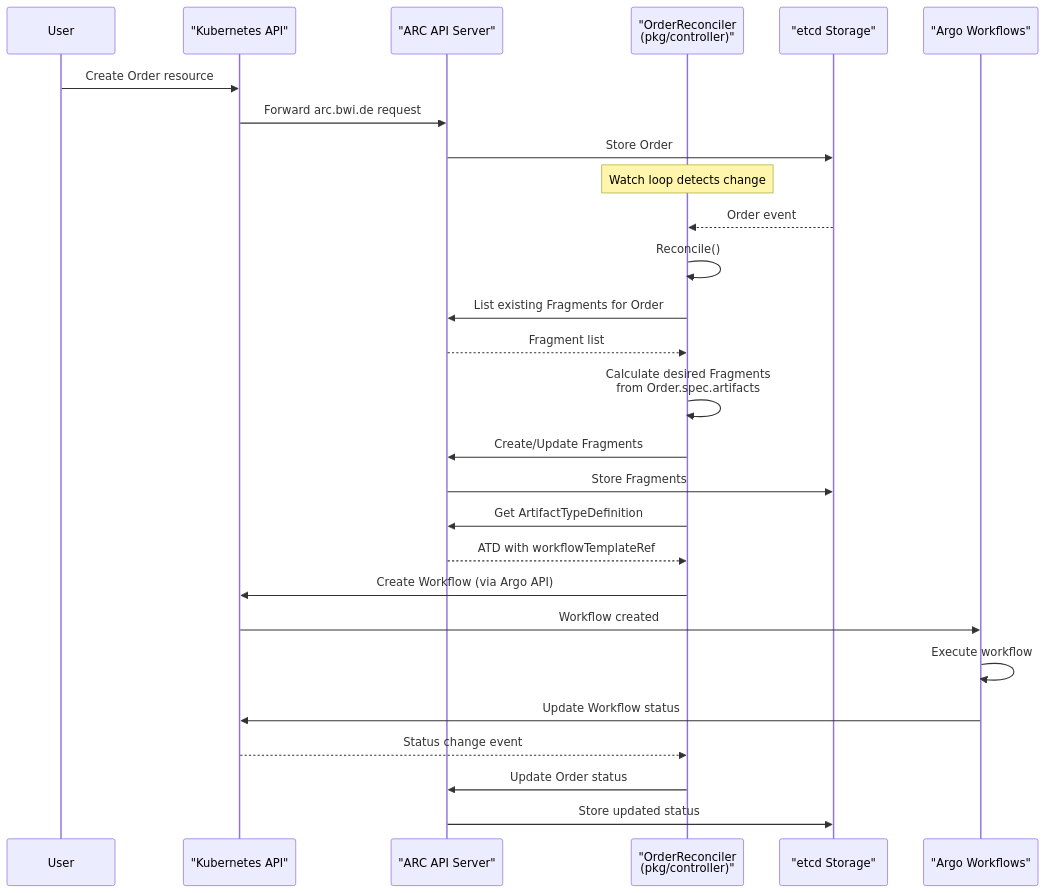
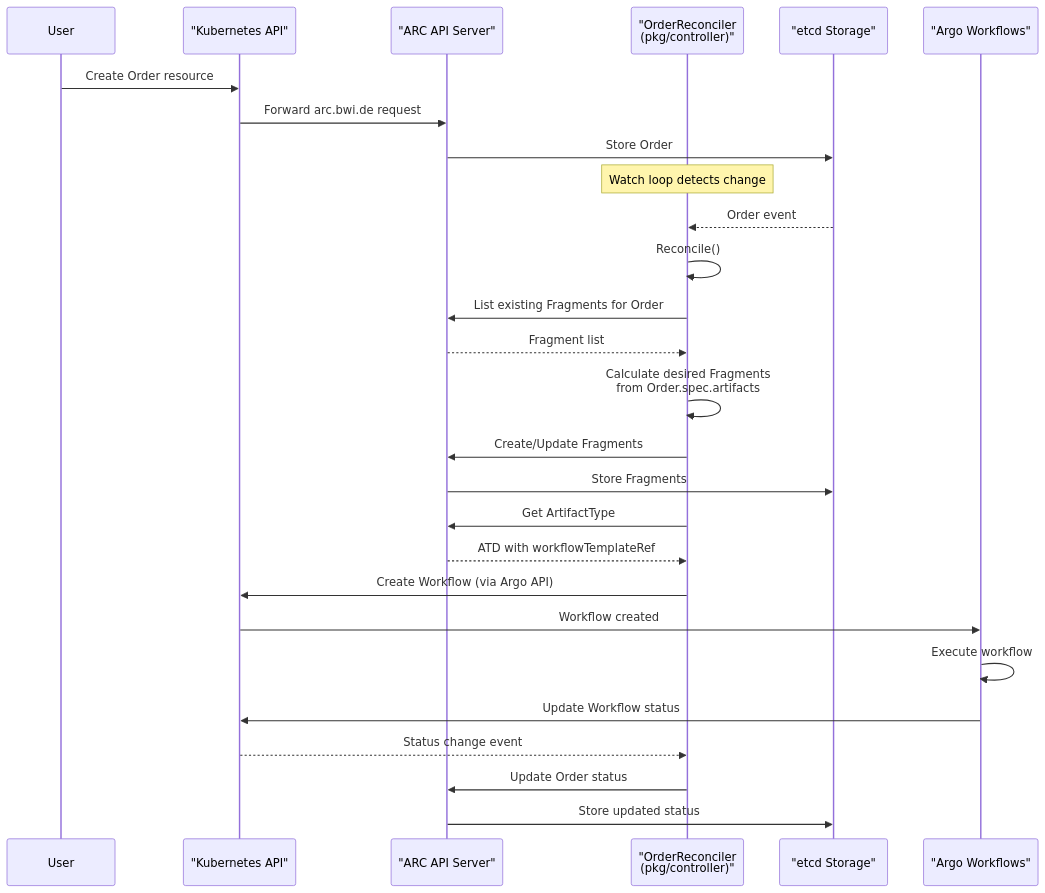
One commit to opendefensecloud/artifact-conduit changed the fourth of 7 diagrams in docs/user-guide/core-concepts.md. Above: the diagram before and after it, drawn with Mermaid. The commit also changed other lines of this file and 39 other files, not shown here.

Commit message:
rename ArtifactTypeDefinition to ArtifactType

````diff
--- a/docs/user-guide/core-concepts.md
+++ b/docs/user-guide/core-concepts.md
@@ -235,40 +235,40 @@
 ```mermaid
 sequenceDiagram
     participant User
     participant K8sAPI as "Kubernetes API"
     participant ARCAPI as "ARC API Server"
     participant OrderReconciler as "OrderReconciler<br/>(pkg/controller)"
     participant etcd as "etcd Storage"
     participant Argo as "Argo Workflows"
     
     User->>K8sAPI: Create Order resource
     K8sAPI->>ARCAPI: Forward arc.bwi.de request
     ARCAPI->>etcd: Store Order
     
     Note over OrderReconciler: Watch loop detects change
     
     etcd-->>OrderReconciler: Order event
     OrderReconciler->>OrderReconciler: Reconcile()
     
     OrderReconciler->>ARCAPI: List existing Fragments for Order
     ARCAPI-->>OrderReconciler: Fragment list
     
     OrderReconciler->>OrderReconciler: Calculate desired Fragments<br/>from Order.spec.artifacts
     
     OrderReconciler->>ARCAPI: Create/Update Fragments
     ARCAPI->>etcd: Store Fragments
     
-    OrderReconciler->>ARCAPI: Get ArtifactTypeDefinition
+    OrderReconciler->>ARCAPI: Get ArtifactType
     ARCAPI-->>OrderReconciler: ATD with workflowTemplateRef
     
     OrderReconciler->>K8sAPI: Create Workflow (via Argo API)
     K8sAPI->>Argo: Workflow created
     
     Argo->>Argo: Execute workflow
     
     Argo->>K8sAPI: Update Workflow status
     K8sAPI-->>OrderReconciler: Status change event
     
     OrderReconciler->>ARCAPI: Update Order status
     ARCAPI->>etcd: Store updated status
 ```
````
